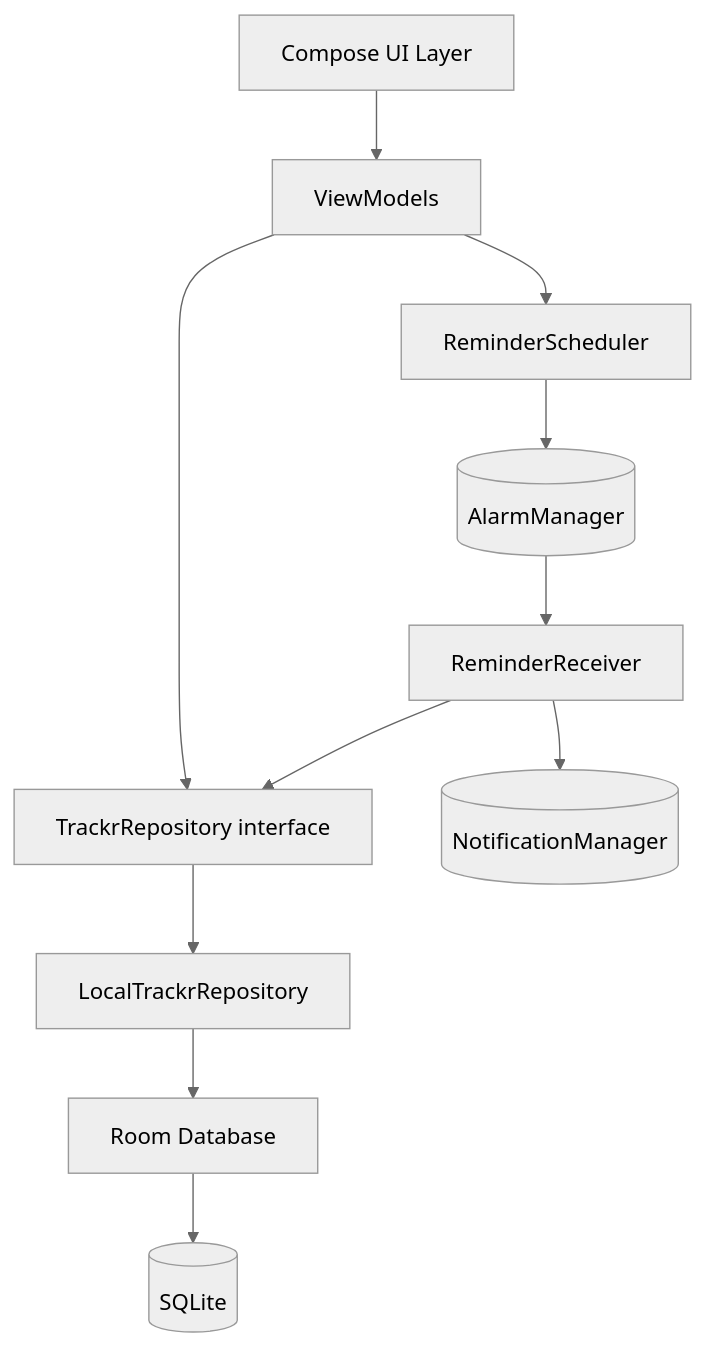
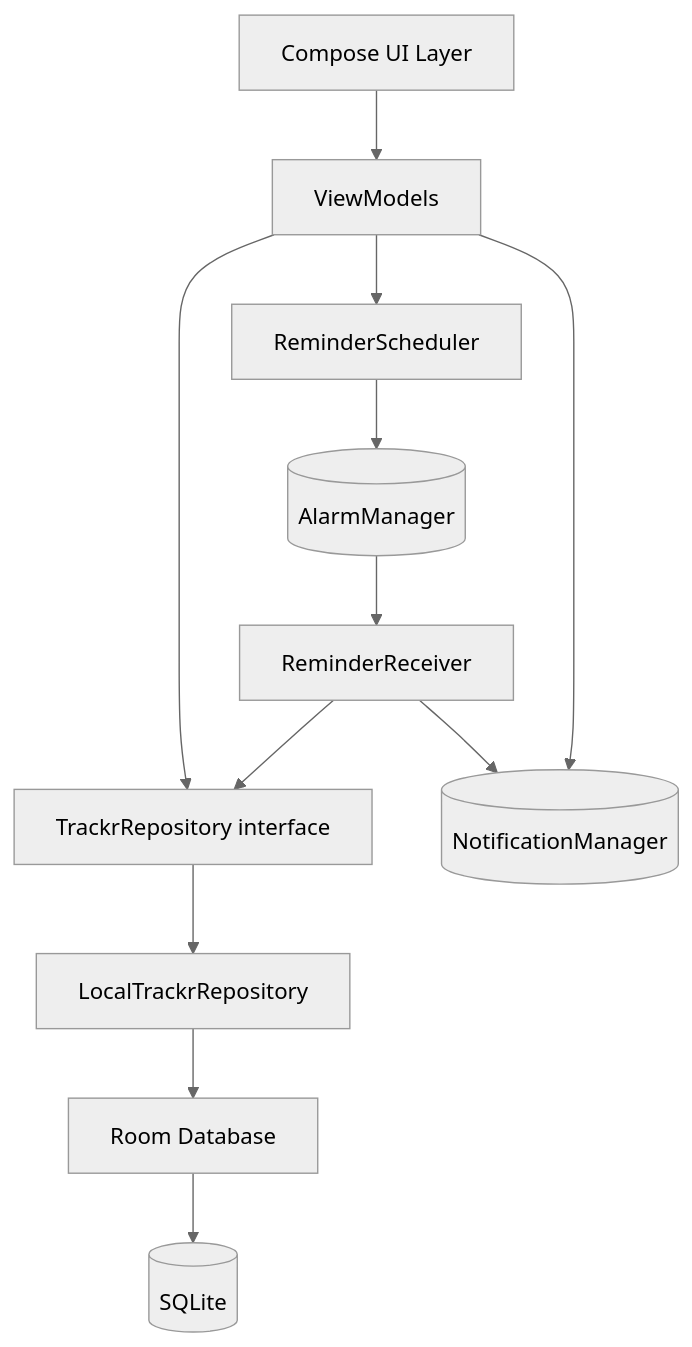
The diagram in docs/high-level-design.md (clahey/trackr), drawn with Mermaid (neutral theme) before and after one commit. The commit also changed other lines of this file and 20 other files, not shown here.

````diff
--- a/docs/high-level-design.md
+++ b/docs/high-level-design.md
@@ -48,13 +48,14 @@
 ```mermaid
 graph TD
     UI[Compose UI Layer] --> VM[ViewModels]
     VM --> Repo[TrackrRepository interface]
     Repo --> Local[LocalTrackrRepository]
     Local --> Room[Room Database]
     Room --> DB[(SQLite)]
     VM --> Sched[ReminderScheduler]
     Sched --> Alarm[(AlarmManager)]
     Alarm --> Rcv[ReminderReceiver]
     Rcv --> Repo
     Rcv --> Notif[(NotificationManager)]
+    VM --> Notif
 ```
````
